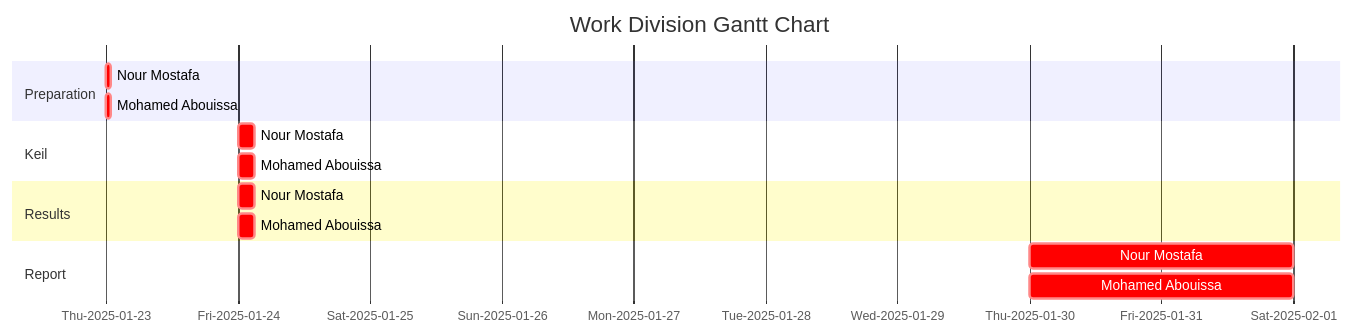
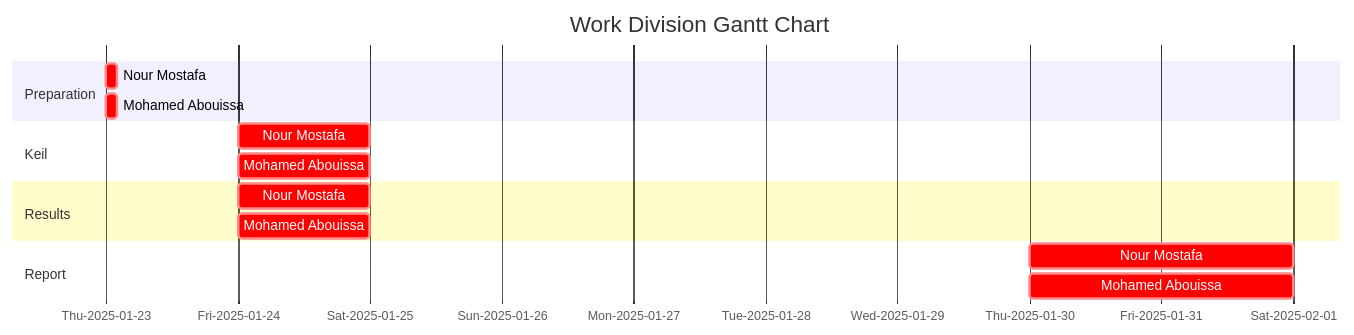
One commit to MONO-1223/AURAK-CENG432-EmbeddedSystemDesignLab changed the diagram in Lab 01 - Digital Logic Implemented on a Microcontroller/README.md. Above: the diagram before and after it, drawn with Mermaid.

````diff
--- a/Lab 01 - Digital Logic Implemented on a Microcontroller/README.md
+++ b/Lab 01 - Digital Logic Implemented on a Microcontroller/README.md
@@ -200,19 +200,19 @@
 ```mermaid
 gantt
     title Work Division Gantt Chart
     tickInterval 1day
     todayMarker off
     axisFormat %a-%Y-%m-%d
     section Preparation         
-        Nour Mostafa : crit, 2025-01-23 00:00, 01h
-        Mohamed Abouissa : crit, 2025-01-23 00:00, 01h
+        Nour Mostafa : crit, 2025-01-23 00:00, 02h
+        Mohamed Abouissa : crit, 2025-01-23 00:00, 02h
     section Keil         
-        Nour Mostafa : crit, 2025-01-24 00:00, 3h
-        Mohamed Abouissa : crit,2025-01-24 00:00, 3h
+        Nour Mostafa : crit, 2025-01-24 00:00, 1d
+        Mohamed Abouissa : crit,2025-01-24 00:00, 1d
     section Results       
-        Nour Mostafa : crit, 2025-01-24 00:00, 3h
-        Mohamed Abouissa : crit, 2025-01-24 00:00, 3h
+        Nour Mostafa : crit, 2025-01-24 00:00, 1d
+        Mohamed Abouissa : crit, 2025-01-24 00:00, 1d
     section Report
         Nour Mostafa : crit, 2025-01-30 00:00, 2d
         Mohamed Abouissa : crit, 2025-01-30 00:00, 2d
 ```
````
